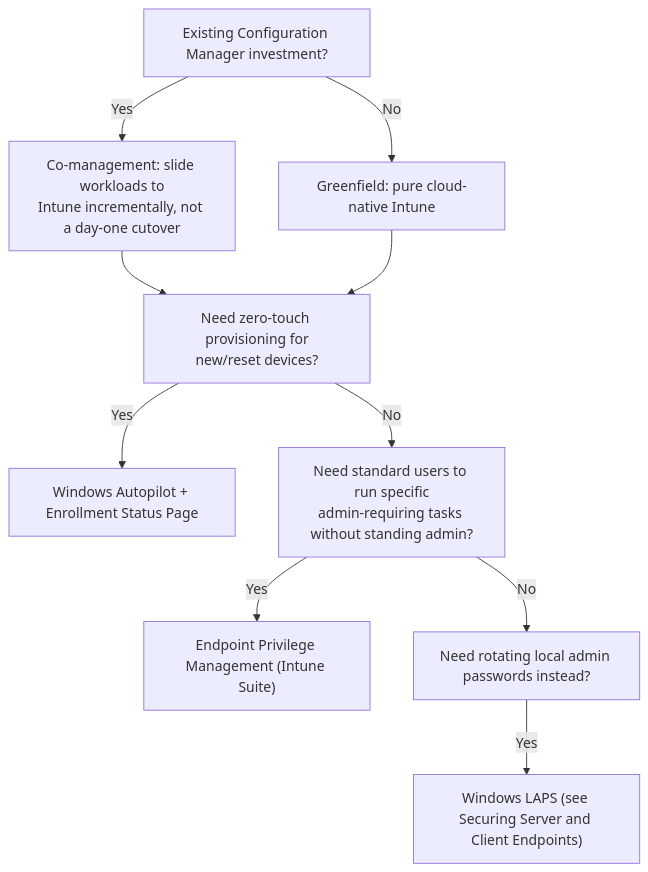
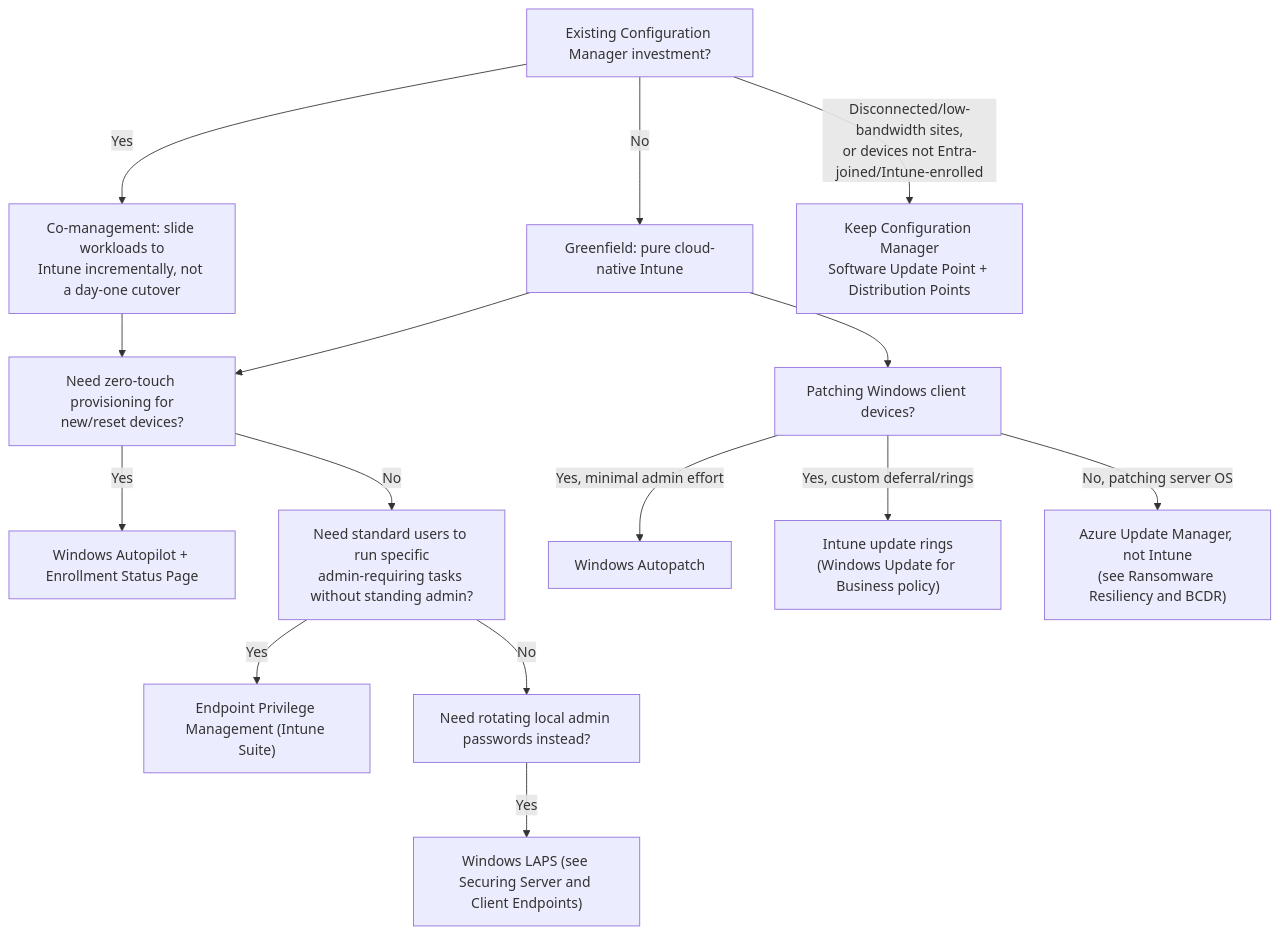
Before and after one commit to DhruvKai/SC-100: the second of 2 diagrams in Azure Technologies/Intune.md, drawn with Mermaid. The commit also changed other lines of this file and 22 other files, not shown here.

First line of the commit message:
Fill gaps around Defender for Identity, Azure Blueprints/Policy, PIM, eDiscovery, and Entra roles

````diff
--- a/Azure Technologies/Intune.md
+++ b/Azure Technologies/Intune.md
@@ -44,12 +50,17 @@
 ```mermaid
 flowchart TD
     Q1["Existing Configuration Manager investment?"] -->|Yes| A1["Co-management: slide workloads to<br/>Intune incrementally, not a day-one cutover"]
     Q1 -->|No| A2["Greenfield: pure cloud-native Intune"]
     A1 --> Q2["Need zero-touch provisioning for<br/>new/reset devices?"]
     A2 --> Q2
     Q2 -->|Yes| A3["Windows Autopilot + Enrollment Status Page"]
     Q2 -->|No| Q3["Need standard users to run specific<br/>admin-requiring tasks without standing admin?"]
     Q3 -->|Yes| A4["Endpoint Privilege Management (Intune Suite)"]
     Q3 -->|No| Q4["Need rotating local admin passwords instead?"]
     Q4 -->|Yes| A5["Windows LAPS (see Securing Server and Client Endpoints)"]
+    A2 --> Q5["Patching Windows client devices?"]
+    Q5 -->|Yes, minimal admin effort| A6["Windows Autopatch"]
+    Q5 -->|Yes, custom deferral/rings| A7["Intune update rings<br/>(Windows Update for Business policy)"]
+    Q5 -->|No, patching server OS| A8["Azure Update Manager, not Intune<br/>(see Ransomware Resiliency and BCDR)"]
+    Q1 -->|Disconnected/low-bandwidth sites,<br/>or devices not Entra-joined/Intune-enrolled| A9["Keep Configuration Manager<br/>Software Update Point + Distribution Points"]
 ```
````
